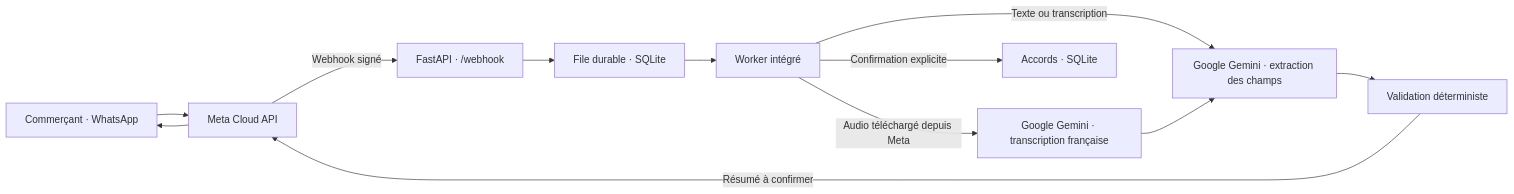
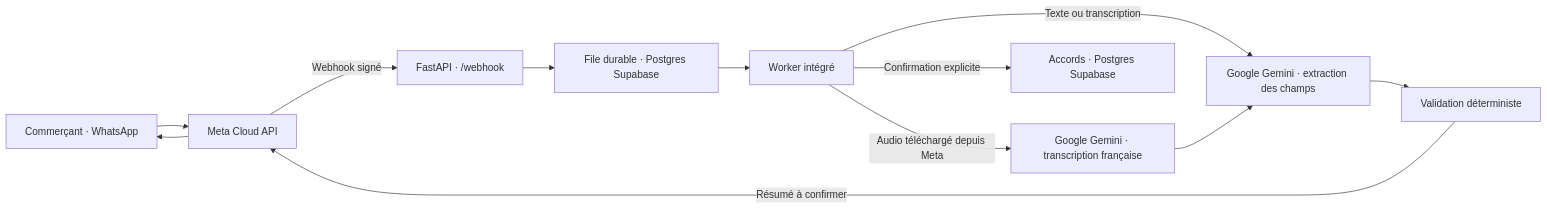
Before and after one commit to BurkimbIA/Bot_wumtaaba: the diagram in docs/ARCHITECTURE.md, drawn with Mermaid. The commit also changed other lines of this file and 7 other files, not shown here.

````diff
--- a/docs/ARCHITECTURE.md
+++ b/docs/ARCHITECTURE.md
@@ -3,14 +3,14 @@
 ```mermaid
 flowchart LR
     U[Commerçant · WhatsApp] --> M[Meta Cloud API]
     M -->|Webhook signé| A[FastAPI · /webhook]
-    A --> Q[File durable · SQLite]
+    A --> Q[File durable · Postgres Supabase]
     Q --> W[Worker intégré]
     W -->|Texte ou transcription| E[Google Gemini · extraction des champs]
     W -->|Audio téléchargé depuis Meta| O[Google Gemini · transcription française]
     O --> E
     E --> V[Validation déterministe]
     V -->|Résumé à confirmer| M
-    W -->|Confirmation explicite| D[Accords · SQLite]
+    W -->|Confirmation explicite| D[Accords · Postgres Supabase]
     M --> U
 ```
````
